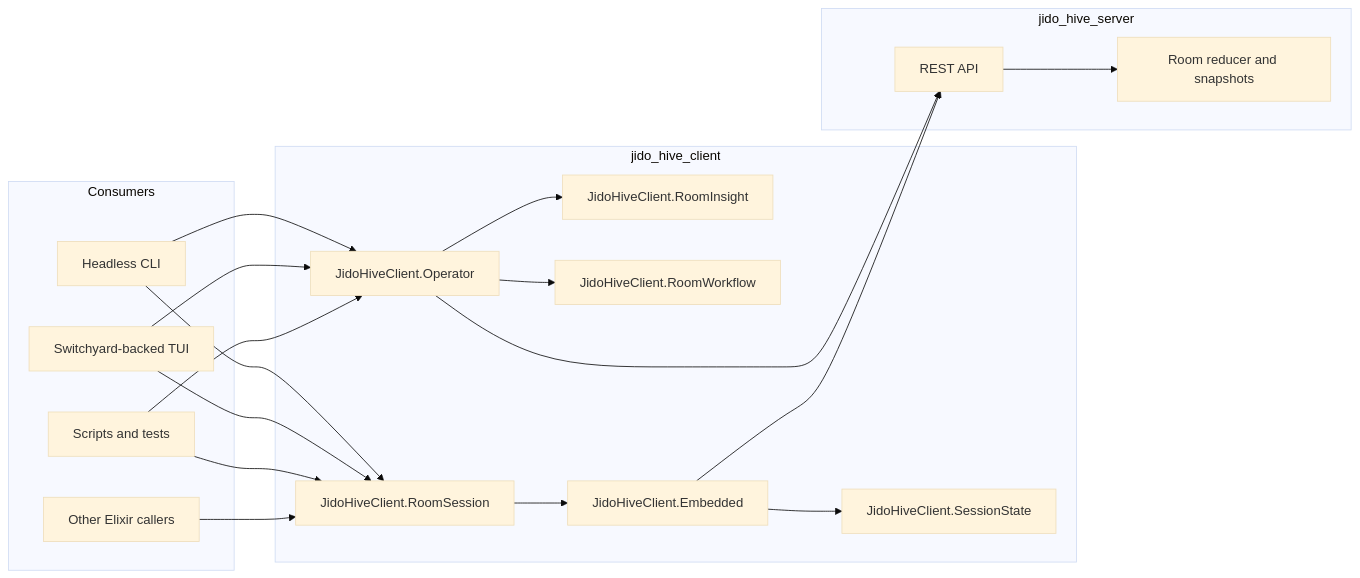
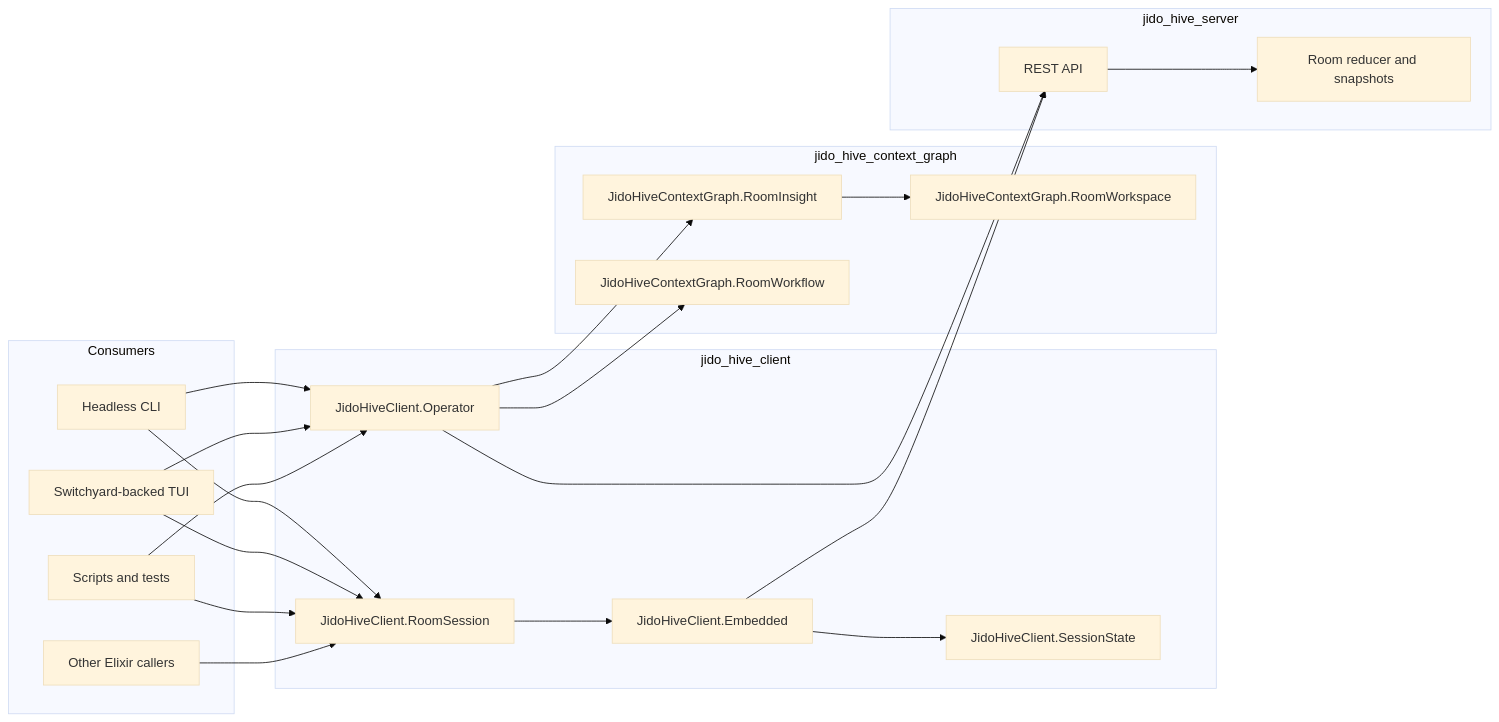
One commit to nshkrdotcom/jido_hive changed the diagram in jido_hive_client/README.md. Above: the diagram before and after it, drawn with Mermaid (base theme). The commit also changed other lines of this file and 180 other files, not shown here.

````diff
--- a/jido_hive_client/README.md
+++ b/jido_hive_client/README.md
@@ -90,38 +89,43 @@
 ```mermaid
 flowchart LR
     subgraph Consumers[Consumers]
       Headless[Headless CLI]
       TUI[Switchyard-backed TUI]
       Scripts[Scripts and tests]
       Other[Other Elixir callers]
     end
 
     subgraph Client[jido_hive_client]
       Operator[JidoHiveClient.Operator]
-      Insight[JidoHiveClient.RoomInsight]
-      Workflow[JidoHiveClient.RoomWorkflow]
       Session[JidoHiveClient.RoomSession]
       Embedded[JidoHiveClient.Embedded]
       SessionState[JidoHiveClient.SessionState]
+    end
+
+    subgraph Graph[jido_hive_context_graph]
+      Insight[JidoHiveContextGraph.RoomInsight]
+      Workflow[JidoHiveContextGraph.RoomWorkflow]
+      Workspace[JidoHiveContextGraph.RoomWorkspace]
     end
 
     subgraph Server[jido_hive_server]
       API[REST API]
       Rooms[Room reducer and snapshots]
     end
 
     Headless --> Operator
     Headless --> Session
     TUI --> Operator
     TUI --> Session
     Scripts --> Operator
     Scripts --> Session
     Other --> Session
     Session --> Embedded
     Embedded --> SessionState
     Operator --> Workflow
     Operator --> Insight
     Operator --> API
     Embedded --> API
     API --> Rooms
-```
+    Insight --> Workspace
+  ```
````
